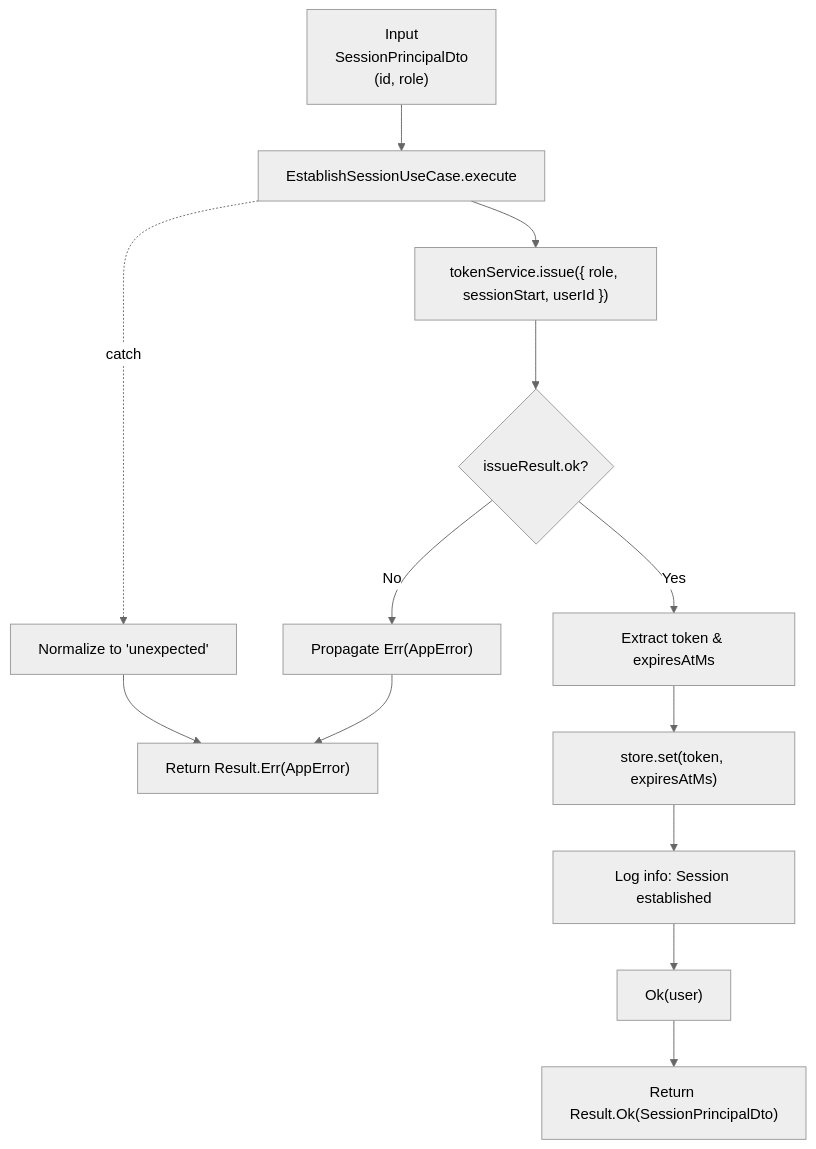
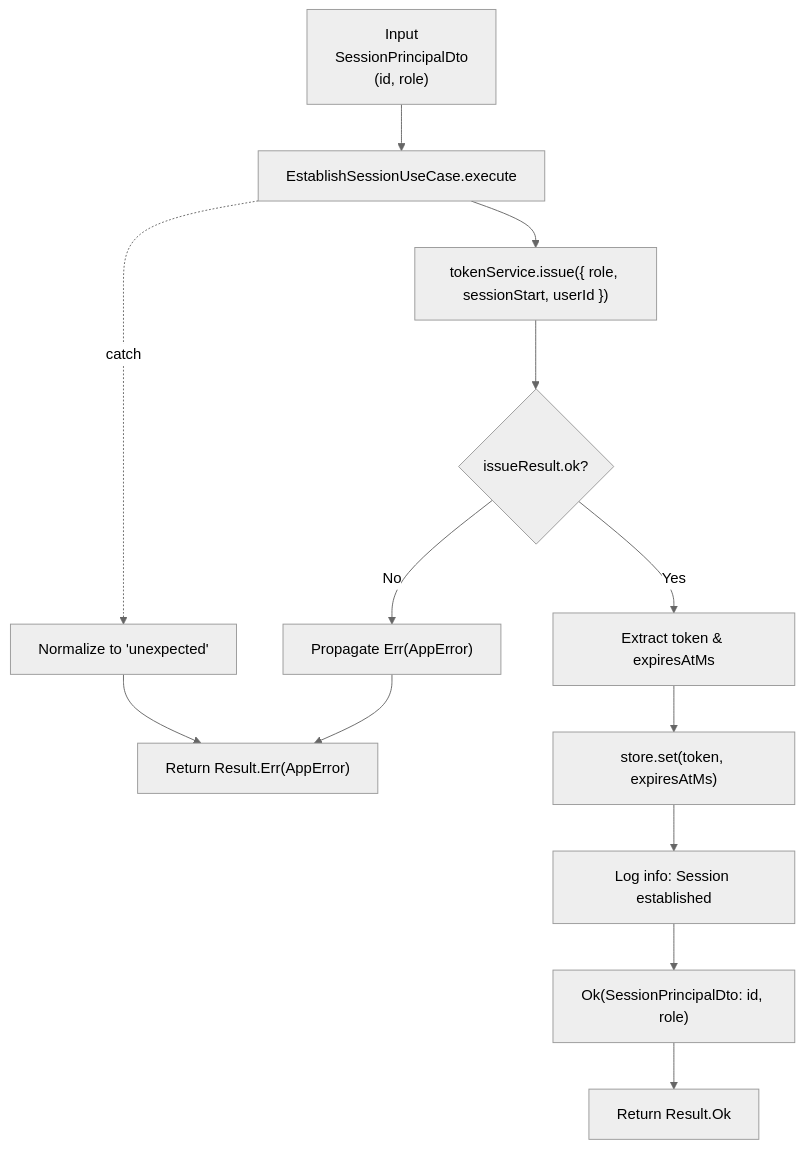
The fourth of 6 diagrams in src/modules/auth/notes/flowcharts.md (andrewpetersondev/nextjs-dashboard), drawn with Mermaid (neutral theme) before and after one commit. The commit also changed other lines of this file and 1 other file, not shown here.

Commit message:
docs: enhance flowcharts and login workflow with detailed mappings for session principal DTO

````diff
--- a/src/modules/auth/notes/flowcharts.md
+++ b/src/modules/auth/notes/flowcharts.md
@@ -146,28 +146,28 @@
 ```mermaid
 flowchart TD
 %% Inputs
   A["Input<br/>SessionPrincipalDto<br/>(id, role)"] --> B[EstablishSessionUseCase.execute]
 
 %% Token Generation
   B --> C["tokenService.issue({ role, sessionStart, userId })"]
 
 %% Issue Result Decision
   C --> D{"issueResult.ok?"}
 
 %% Token Error path
   D -->|No| E["Propagate Err(AppError)"]
   E --> Z["Return Result.Err(AppError)"]
 
 %% Success path: Persistence
   D -->|Yes| F["Extract token & expiresAtMs"]
   F --> G["store.set(token, expiresAtMs)"]
 
 %% Completion
   G --> H["Log info: Session established"]
-  H --> I["Ok(user)"]
-  I --> Z1["Return Result.Ok(SessionPrincipalDto)"]
+  H --> I["Ok(SessionPrincipalDto: id, role)"]
+  I --> Z1["Return Result.Ok<SessionPrincipalDto (id, role)>"]
 
 %% Catch block
   B -. catch .-> J["Normalize to 'unexpected'"]
   J --> Z
 ```
````
